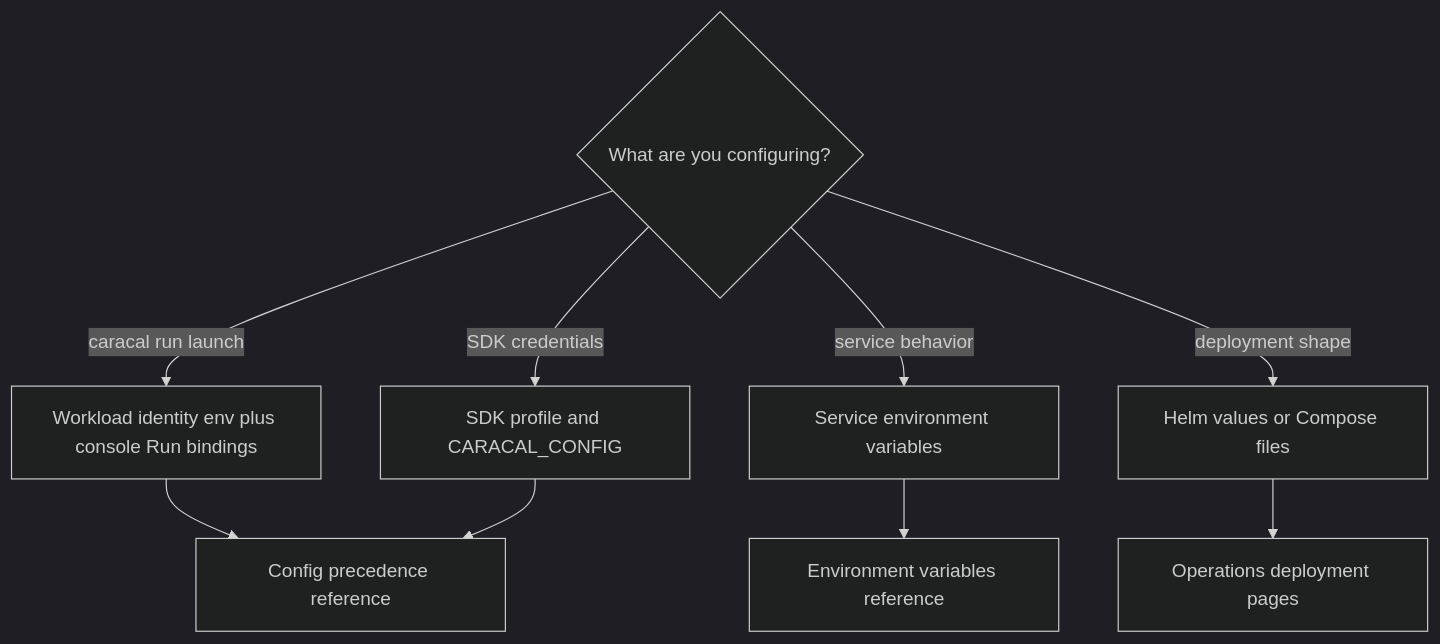
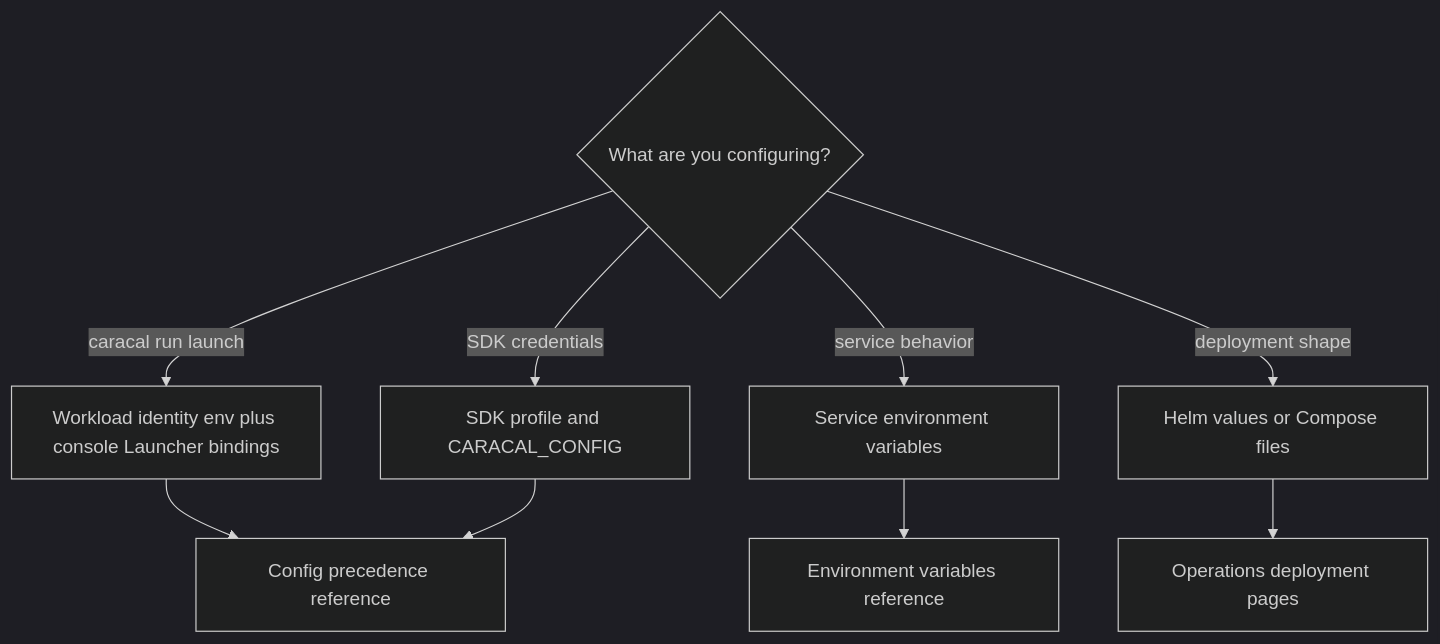
One commit to Garudex-Labs/caracal changed the diagram in docs/src/content/docs/reference/configuration.mdx. Above: the diagram before and after it, drawn with Mermaid (dark theme). The commit also changed other lines of this file and 3 other files, not shown here.

Commit message:
feat: update documentation to reflect changes in workload launch bindings and credential handling

````diff
--- a/docs/src/content/docs/reference/configuration.mdx
+++ b/docs/src/content/docs/reference/configuration.mdx
@@ -16,12 +16,12 @@
 ```mermaid
 flowchart TD
   Need{What are you configuring?}
-  Need -->|caracal run launch| Identity[Workload identity env plus console Run bindings]
+  Need -->|caracal run launch| Identity[Workload identity env plus console Launcher bindings]
   Need -->|SDK credentials| Profile[SDK profile and CARACAL_CONFIG]
   Need -->|service behavior| Env[Service environment variables]
   Need -->|deployment shape| Deploy[Helm values or Compose files]
   Identity --> Precedence[Config precedence reference]
   Profile --> Precedence
   Env --> Ops[Environment variables reference]
   Deploy --> Platform[Operations deployment pages]
 ```
````
